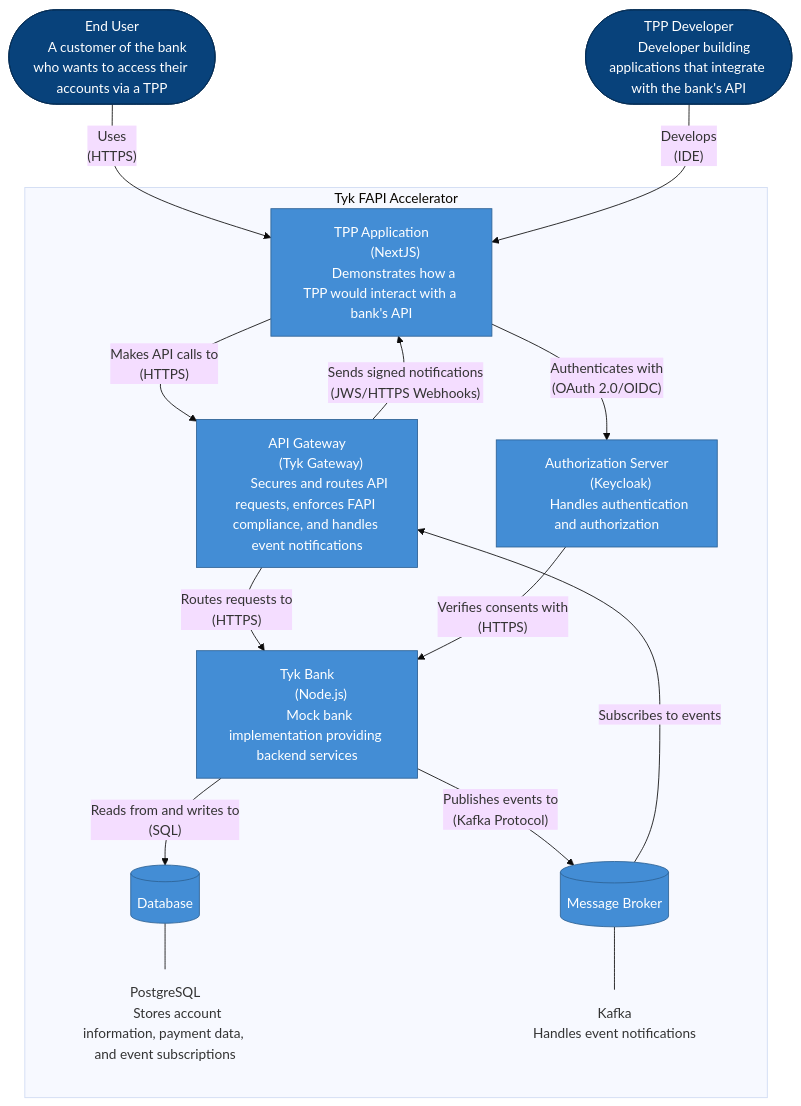
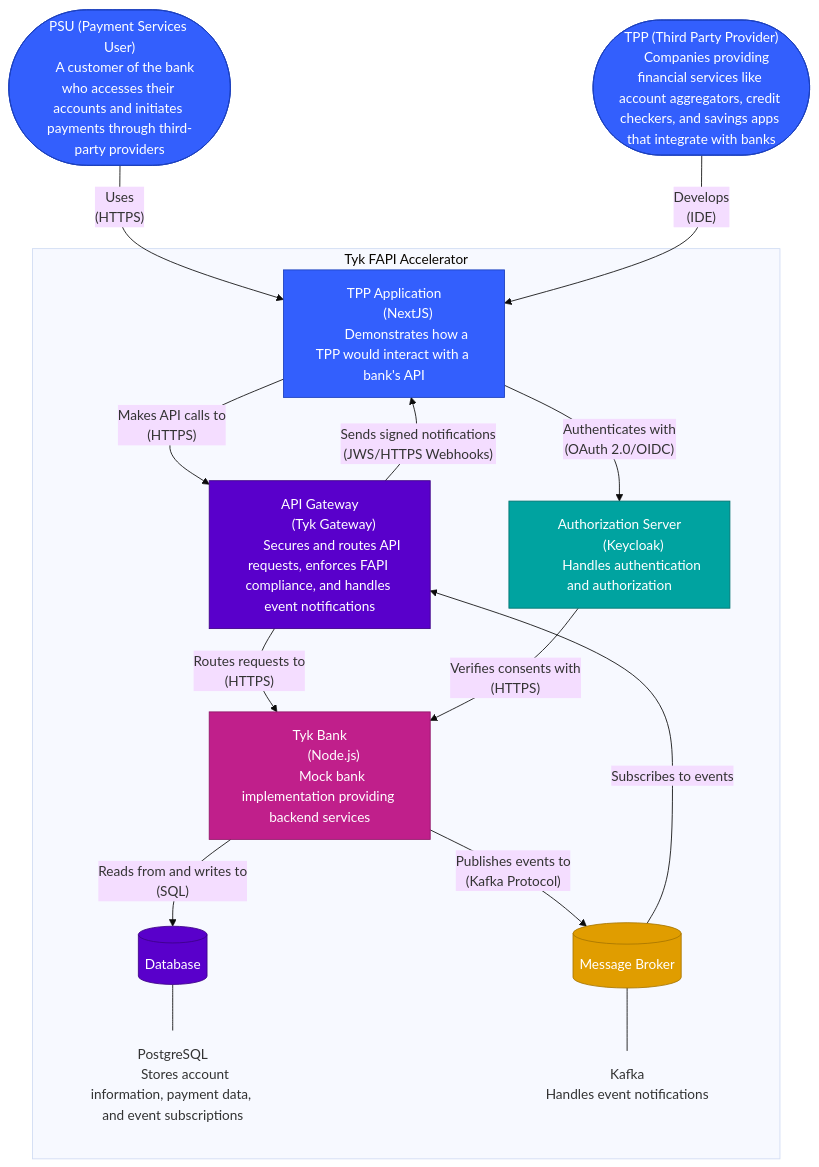
The diagram in docs/container-diagram.md (TykTechnologies/tyk-fapi), drawn with Mermaid (base theme) before and after one commit. The commit also changed other lines of this file, not shown here.

Commit message:
updating colour scheme

````diff
--- a/docs/container-diagram.md
+++ b/docs/container-diagram.md
@@ -5,70 +5,76 @@
 ```mermaid
 flowchart TB
     %% People/Actors
-    endUser(["End User
-    A customer of the bank who wants to access their accounts via a TPP"])
-    tppDeveloper(["TPP Developer
-    Developer building applications that integrate with the bank's API"])
+    psu(["PSU (Payment Services User)
+    A customer of the bank who accesses their accounts and initiates payments through third-party providers"])
+    tpp(["TPP (Third Party Provider)
+    Companies providing financial services like account aggregators, credit checkers, and savings apps that integrate with banks"])
     
     %% Tyk FAPI Accelerator System with Containers
     subgraph tykFAPI ["Tyk FAPI Accelerator"]
         tppApp["TPP Application
         (NextJS)
         Demonstrates how a TPP would interact with a bank's API"]
         apiGateway["API Gateway
         (Tyk Gateway)
         Secures and routes API requests, enforces FAPI compliance, and handles event notifications"]
         authServer["Authorization Server
         (Keycloak)
         Handles authentication and authorization"]
         tykBank["Tyk Bank
         (Node.js)
         Mock bank implementation providing backend services"]
         database[(Database)]
         databaseLabel["PostgreSQL
         Stores account information, payment data, and event subscriptions"]
         kafka[(Message Broker)]
         kafkaLabel["Kafka
         Handles event notifications"]
     end
     
     %% Connect labels to database and kafka
     database --- databaseLabel
     kafka --- kafkaLabel
     
     %% Relationships
-    endUser -->|"Uses
+    psu -->|"Uses
     (HTTPS)"| tppApp
-    tppDeveloper -->|"Develops
+    tpp -->|"Develops
     (IDE)"| tppApp
     tppApp -->|"Makes API calls to
     (HTTPS)"| apiGateway
     tppApp -->|"Authenticates with
     (OAuth 2.0/OIDC)"| authServer
     apiGateway -->|"Routes requests to
     (HTTPS)"| tykBank
     authServer -->|"Verifies consents with
     (HTTPS)"| tykBank
     tykBank -->|"Reads from and writes to
     (SQL)"| database
     tykBank -->|"Publishes events to
     (Kafka Protocol)"| kafka
     
     %% Event notification flow
     kafka -->|"Subscribes to events"| apiGateway
     apiGateway -->|"Sends signed notifications
     (JWS/HTTPS Webhooks)"| tppApp
     
     %% Styling
-    classDef person fill:#08427B,color:#fff,stroke:#052E56
-    classDef container fill:#438DD5,color:#fff,stroke:#2E6295
-    classDef database fill:#438DD5,color:#fff,stroke:#2E6295
-    classDef queue fill:#438DD5,color:#fff,stroke:#2E6295
+    classDef person fill:#335FFD,color:#fff,stroke:#1A3FBD
+    classDef tppStyle fill:#335FFD,color:#fff,stroke:#1A3FBD
+    classDef component fill:#5900CB,color:#fff,stroke:#3D0087
+    classDef authStyle fill:#00A3A0,color:#fff,stroke:#007370
+    classDef bankStyle fill:#C01F8B,color:#fff,stroke:#901568
+    classDef kafkaStyle fill:#E09D00,color:#fff,stroke:#A87700
+    classDef database fill:#5900CB,color:#fff,stroke:#3D0087
     classDef label fill:none,stroke:none
     
-    class endUser,tppDeveloper person
-    class tppApp,apiGateway,authServer,tykBank container
+    class psu,tpp person
+    class tppApp tppStyle
+    class apiGateway component
+    class authServer authStyle
+    class tykBank bankStyle
     class database database
-    class kafka queue
+    class kafka kafkaStyle
     class databaseLabel,kafkaLabel label
 ```
````
